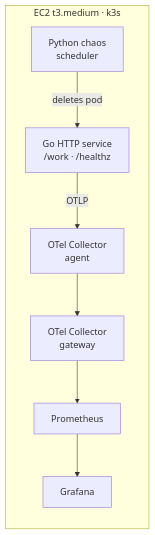
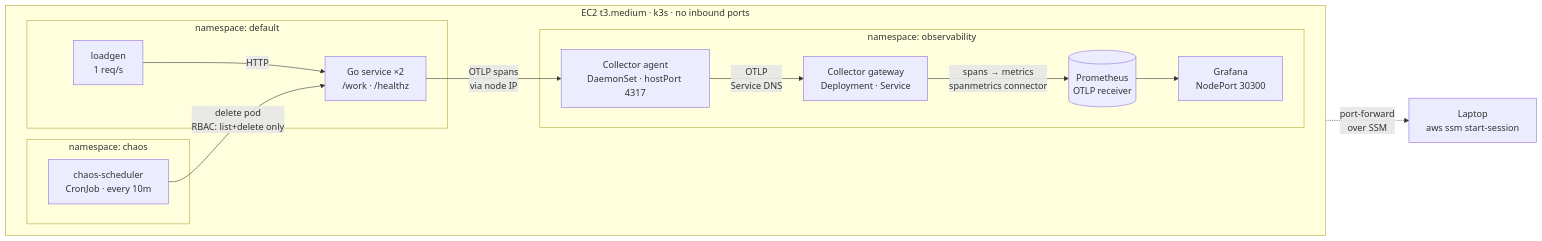
Before and after one commit to jmenzies722/chaos-gym: the diagram in README.md, drawn with Mermaid. The commit also changed other lines of this file and 4 other files, not shown here.

````diff
--- a/README.md
+++ b/README.md
@@ -18,14 +18,32 @@
 ```mermaid
 flowchart LR
-  subgraph ec2["EC2 t3.medium · k3s"]
-    app["Go HTTP service<br/>/work · /healthz"]
-    agent["OTel Collector<br/>agent"]
-    gw["OTel Collector<br/>gateway"]
-    prom["Prometheus"]
-    graf["Grafana"]
-    chaos["Python chaos<br/>scheduler"]
+  laptop["Laptop<br/>aws ssm start-session"]
+
+  subgraph ec2["EC2 t3.medium · k3s · no inbound ports"]
+    direction LR
+
+    subgraph ns_default["namespace: default"]
+      load["loadgen<br/>1 req/s"]
+      app["Go service ×2<br/>/work · /healthz"]
+    end
+
+    subgraph ns_chaos["namespace: chaos"]
+      chaos["chaos-scheduler<br/>CronJob · every 10m"]
+    end
+
+    subgraph ns_obs["namespace: observability"]
+      agent["Collector agent<br/>DaemonSet · hostPort 4317"]
+      gw["Collector gateway<br/>Deployment · Service"]
+      prom[("Prometheus<br/>OTLP receiver")]
+      graf["Grafana<br/>NodePort 30300"]
+    end
   end
 
-  app -->|OTLP| agent --> gw --> prom --> graf
-  chaos -->|deletes pod| app
+  load -->|HTTP| app
+  app -->|"OTLP spans<br/>via node IP"| agent
+  agent -->|"OTLP<br/>Service DNS"| gw
+  gw -->|"spans → metrics<br/>spanmetrics connector"| prom
+  prom --> graf
+  graf -.->|"port-forward<br/>over SSM"| laptop
+  chaos -->|"delete pod<br/>RBAC: list+delete only"| app
 ```
````
